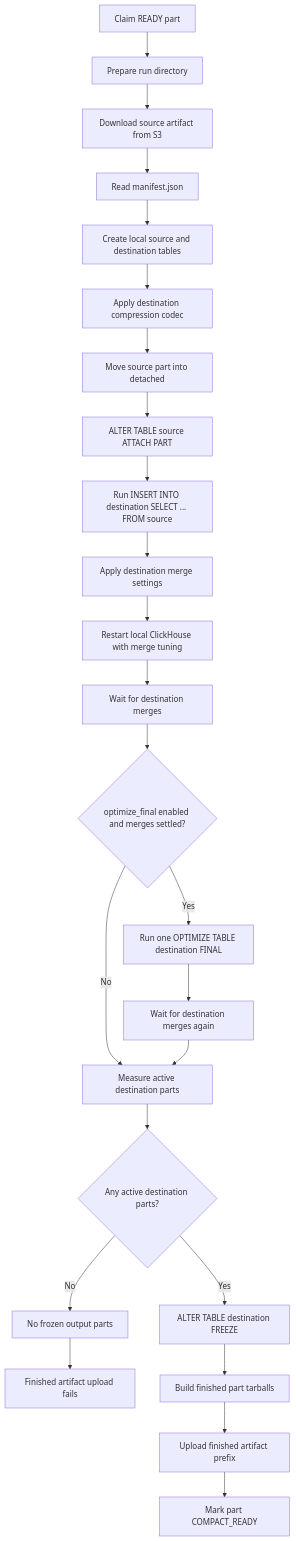
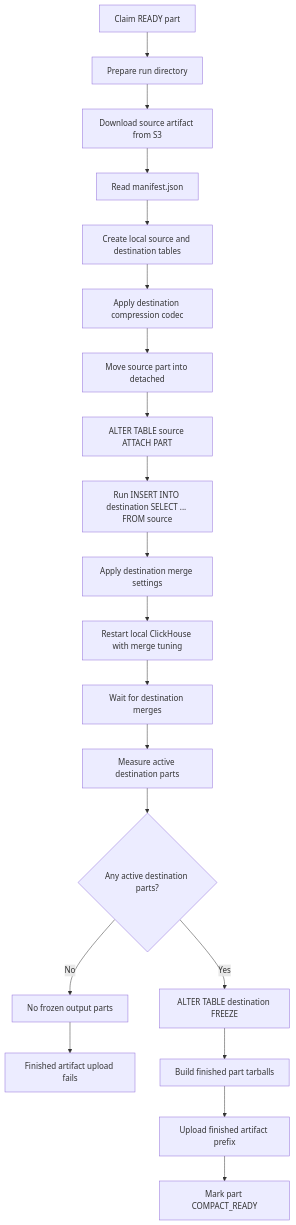
Before and after one commit to rorylshanks/partforge: the second of 3 diagrams in docs/rewrite-flow.md, drawn with Mermaid. The commit also changed other lines of this file and 8 other files, not shown here.

````diff
--- a/docs/rewrite-flow.md
+++ b/docs/rewrite-flow.md
@@ -42,26 +40,22 @@
 ```mermaid
 graph TD
     A[Claim READY part] --> B[Prepare run directory]
     B --> C[Download source artifact from S3]
     C --> D[Read manifest.json]
     D --> E[Create local source and destination tables]
     E --> F[Apply destination compression codec]
     F --> G[Move source part into detached]
     G --> H[ALTER TABLE source ATTACH PART]
     H --> I[Run INSERT INTO destination SELECT ... FROM source]
     I --> J[Apply destination merge settings]
     J --> K[Restart local ClickHouse with merge tuning]
     K --> L[Wait for destination merges]
-    L --> M{optimize_final enabled and merges settled?}
-    M -- Yes --> N[Run one OPTIMIZE TABLE destination FINAL]
-    N --> O[Wait for destination merges again]
-    M -- No --> P[Measure active destination parts]
-    O --> P
+    L --> P[Measure active destination parts]
     P --> Q{Any active destination parts?}
     Q -- No --> R[No frozen output parts]
     R --> W[Finished artifact upload fails]
     Q -- Yes --> S[ALTER TABLE destination FREEZE]
     S --> T[Build finished part tarballs]
     T --> U[Upload finished artifact prefix]
     U --> V[Mark part COMPACT_READY]
 ```
````
